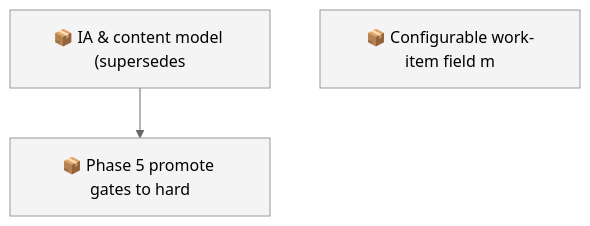
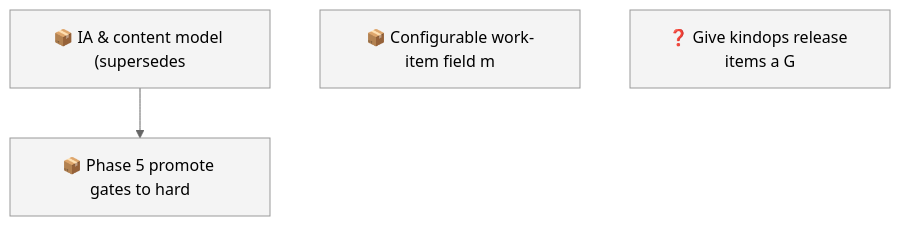
Before and after one commit to SpillwaveSolutions/wiki_ticket_sdd: the first of 2 diagrams in docs/roadmap.md, drawn with Mermaid (neutral theme). The commit also changed other lines of this file and 1 other file, not shown here.

First line of the commit message:
chore(worklog): file process-improvement item on release-item ticket sync

````diff
--- a/docs/roadmap.md
+++ b/docs/roadmap.md
@@ -45,9 +50,10 @@
 ```mermaid
 graph TD
     01KY5G9ZW0H2YMNWDFJYGRPYE5["📦 IA & content model (supersedes"]
     01KY5G9ZW0RABXWHEMEP1FAV2G["📦 Phase 5 promote gates to hard"]
     01KY5NE0ZYGBWG44N0KPEBFCZ8["📦 Configurable work-item field m"]
+    01KYA8MDY5HP9MC5KQMJX3BN84["❓ Give kindops release items a G"]
     01KY5G9ZW0H2YMNWDFJYGRPYE5 --> 01KY5G9ZW0RABXWHEMEP1FAV2G
     classDef todo fill:#f4f4f4,stroke:#999999
-    class 01KY5G9ZW0H2YMNWDFJYGRPYE5,01KY5G9ZW0RABXWHEMEP1FAV2G,01KY5NE0ZYGBWG44N0KPEBFCZ8 todo
+    class 01KY5G9ZW0H2YMNWDFJYGRPYE5,01KY5G9ZW0RABXWHEMEP1FAV2G,01KY5NE0ZYGBWG44N0KPEBFCZ8,01KYA8MDY5HP9MC5KQMJX3BN84 todo
 ```
````
